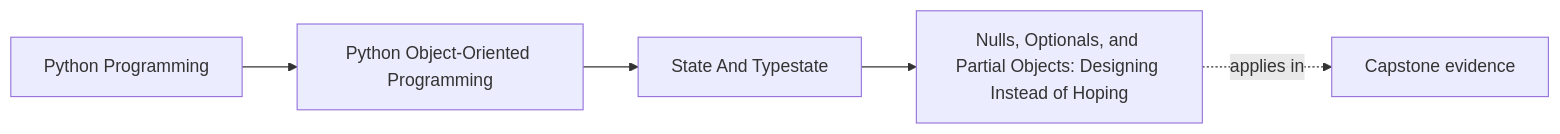
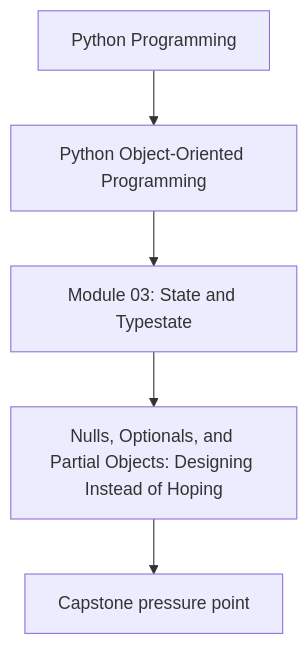
One commit to bijux/bijux-masterclass changed the first of 2 diagrams in programs/python-programming/python-object-oriented-programming/course-book/module-03-state-and-typestate/null-optionals-and-partial-objects.md. Above: the diagram before and after it, drawn with Mermaid. The commit also changed other lines of this file and 107 other files, not shown here.

Commit message:
docs(python-object-oriented-programming): align concept page diagrams

````diff
--- a/programs/python-programming/python-object-oriented-programming/course-book/module-03-state-and-typestate/null-optionals-and-partial-objects.md
+++ b/programs/python-programming/python-object-oriented-programming/course-book/module-03-state-and-typestate/null-optionals-and-partial-objects.md
@@ -7,11 +7,7 @@
 ```mermaid
-graph LR
-  family["Python Programming"]
-  program["Python Object-Oriented Programming"]
-  section["State And Typestate"]
-  page["Nulls, Optionals, and Partial Objects: Designing Instead of Hoping"]
-  capstone["Capstone evidence"]
-
-  family --> program --> section --> page
-  page -.applies in.-> capstone
+flowchart TD
+  family["Python Programming"] --> program["Python Object-Oriented Programming"]
+  program --> module["Module 03: State and Typestate"]
+  module --> concept["Nulls, Optionals, and Partial Objects: Designing Instead of Hoping"]
+  concept --> capstone["Capstone pressure point"]
 ```
````
